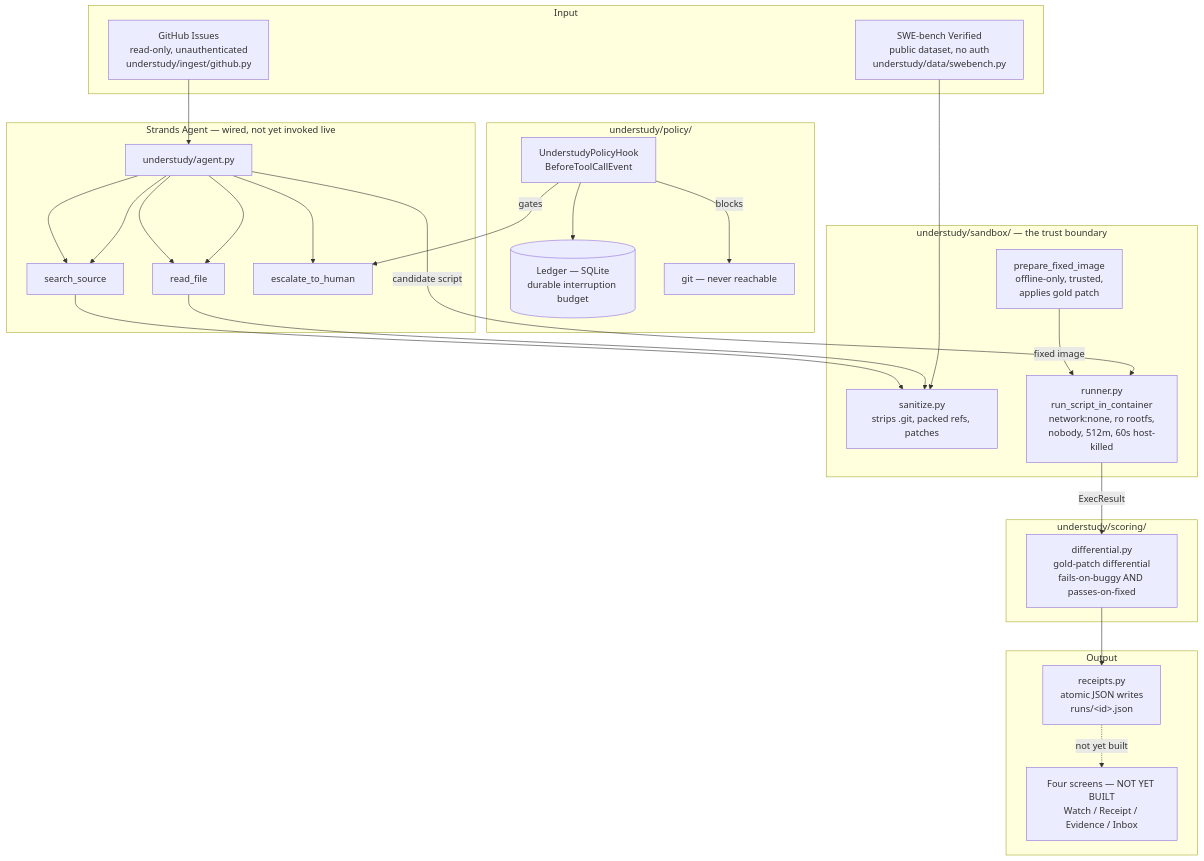
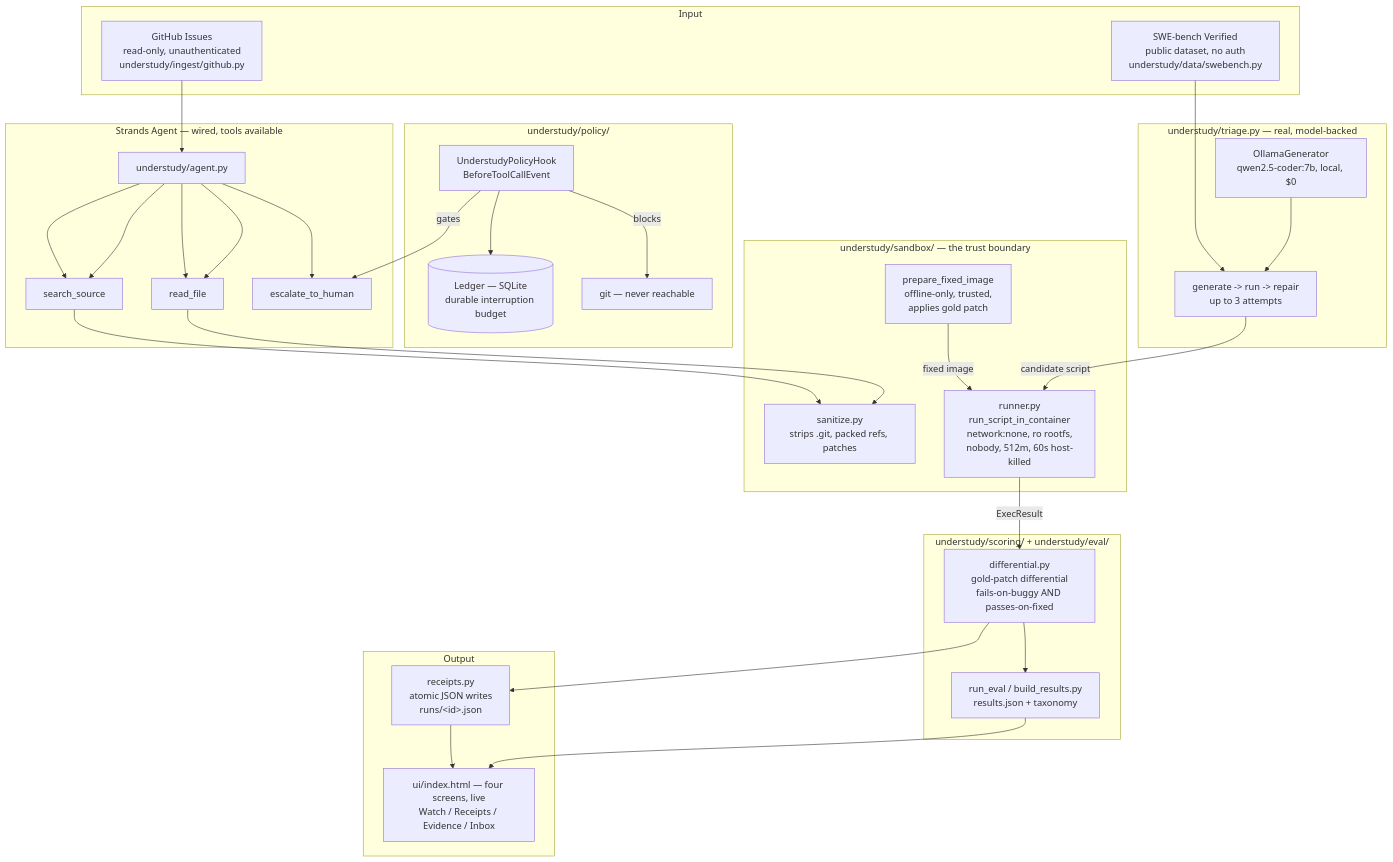
One commit to AshrafAhmed9/understudy-agents-for-humans changed the diagram in ARCHITECTURE.md. Above: the diagram before and after it, drawn with Mermaid. The commit also changed other lines of this file and 26 other files, not shown here.

````diff
--- a/ARCHITECTURE.md
+++ b/ARCHITECTURE.md
@@ -9,50 +11,59 @@
 ```mermaid
 flowchart TD
     subgraph Input
         GH[GitHub Issues\nread-only, unauthenticated\nunderstudy/ingest/github.py]
         SWE[SWE-bench Verified\npublic dataset, no auth\nunderstudy/data/swebench.py]
     end
 
-    subgraph Agent["Strands Agent — wired, not yet invoked live"]
+    subgraph Triage["understudy/triage.py — real, model-backed"]
+        GEN[OllamaGenerator\nqwen2.5-coder:7b, local, $0]
+        LOOP[generate -> run -> repair\nup to 3 attempts]
+        GEN --> LOOP
+    end
+
+    subgraph Agent["Strands Agent — wired, tools available"]
         A[understudy/agent.py]
         T1[read_file]
         T2[search_source]
         T3[escalate_to_human]
         A --> T1
         A --> T2
         A --> T3
     end
 
     subgraph Policy["understudy/policy/"]
         HOOK[UnderstudyPolicyHook\nBeforeToolCallEvent]
         LEDGER[(Ledger — SQLite\ndurable interruption budget)]
         HOOK -->|gates| T3
         HOOK -->|blocks| GIT[git — never reachable]
         HOOK --> LEDGER
     end
 
     subgraph Sandbox["understudy/sandbox/ — the trust boundary"]
         SAN[sanitize.py\nstrips .git, packed refs, patches]
         RUN[runner.py\nrun_script_in_container\nnetwork:none, ro rootfs,\nnobody, 512m, 60s host-killed]
         PREP[prepare_fixed_image\noffline-only, trusted,\napplies gold patch]
     end
 
-    subgraph Scoring["understudy/scoring/"]
+    subgraph Scoring["understudy/scoring/ + understudy/eval/"]
         DIFF[differential.py\ngold-patch differential\nfails-on-buggy AND passes-on-fixed]
+        AGG["run_eval / build_results.py\nresults.json + taxonomy"]
+        DIFF --> AGG
     end
 
     subgraph Output
         REC[receipts.py\natomic JSON writes\nruns/&lt;id&gt;.json]
-        UI["Four screens — NOT YET BUILT\nWatch / Receipt / Evidence / Inbox"]
+        UI["ui/index.html — four screens, live\nWatch / Receipts / Evidence / Inbox"]
+        AGG --> UI
     end
 
     GH --> A
-    SWE --> SAN
+    SWE --> LOOP
     A --> T1 --> SAN
     A --> T2 --> SAN
-    A -->|candidate script| RUN
+    LOOP -->|candidate script| RUN
     RUN -->|ExecResult| DIFF
     PREP -->|fixed image| RUN
     DIFF --> REC
-    REC -.->|not yet built| UI
+    REC --> UI
 ```
````
